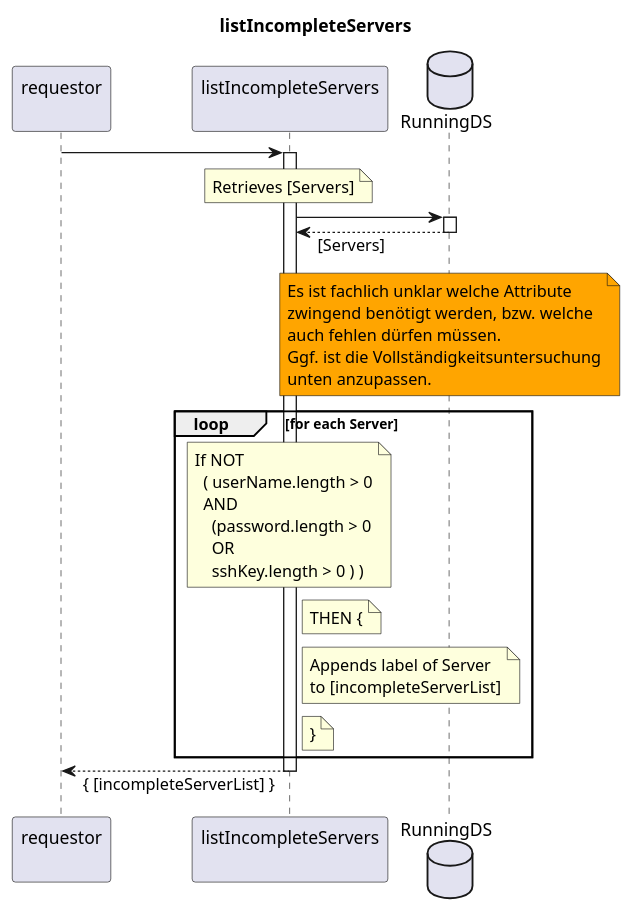
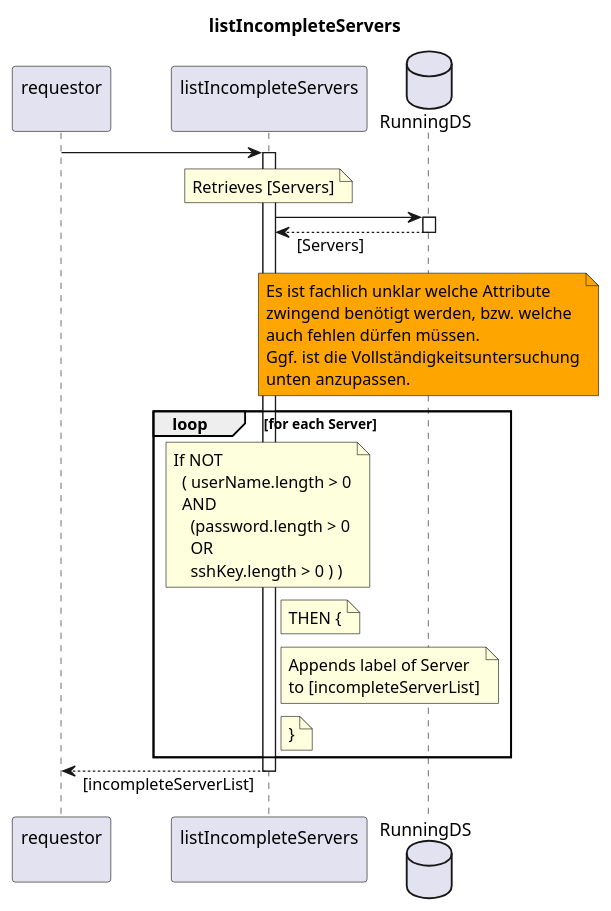
The diagram in spec/Services/listIncompleteServers/1.0.0/listIncompleteServers.plantuml (openBackhaul/FirmWareManager), drawn with PlantUML before and after one commit. The commit also changed 27 other files, not shown here.

```diff
--- a/spec/Services/listIncompleteServers/1.0.0/listIncompleteServers.plantuml
+++ b/spec/Services/listIncompleteServers/1.0.0/listIncompleteServers.plantuml
@@ -1,55 +1,55 @@
 @startuml listIncompleteServers
 skinparam responseMessageBelowArrow true
 
 title
   listIncompleteServers
 end title
 
 participant "requestor\n" as requestor
 participant "listIncompleteServers\n" as indServ
 database "RunningDS" as RunDS
 
 requestor -> indServ
 activate indServ
 
   note over indServ
     Retrieves [Servers]
   end note
   indServ -> RunDS
   activate RunDS
   indServ <-- RunDS: [Servers]
   deactivate RunDS
 
   note over RunDS #Orange
     Es ist fachlich unklar welche Attribute
     zwingend benötigt werden, bzw. welche
     auch fehlen dürfen müssen.
     Ggf. ist die Vollständigkeitsuntersuchung
     unten anzupassen.
   end note
 
   loop for each Server
     note over indServ
       If NOT
         ( userName.length > 0
         AND
           (password.length > 0
           OR
           sshKey.length > 0 ) )
     end note
     note right indServ
       THEN {
     end note
     note right indServ
       Appends label of Server
       to [incompleteServerList]
     end note
     note right indServ
       }
     end note
   end loop
 
-requestor <-- indServ: { [incompleteServerList] }
+requestor <-- indServ: [incompleteServerList]
 deactivate indServ
 
 @enduml
```
